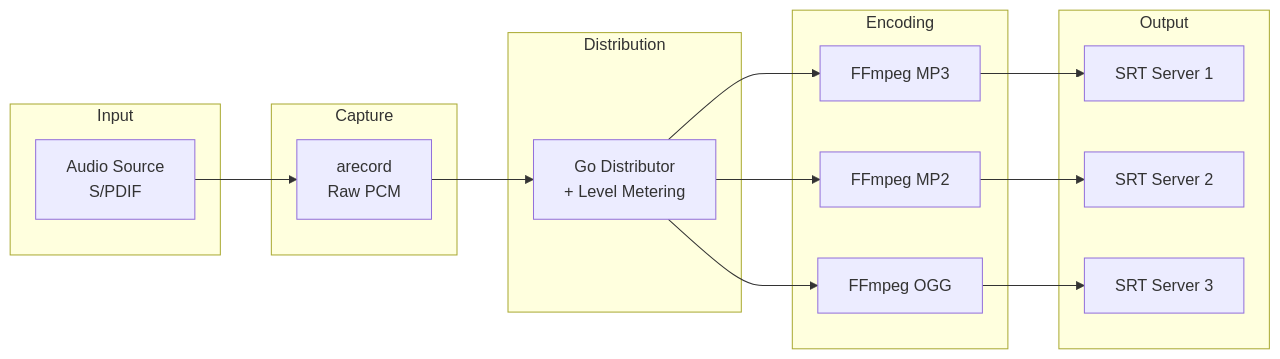
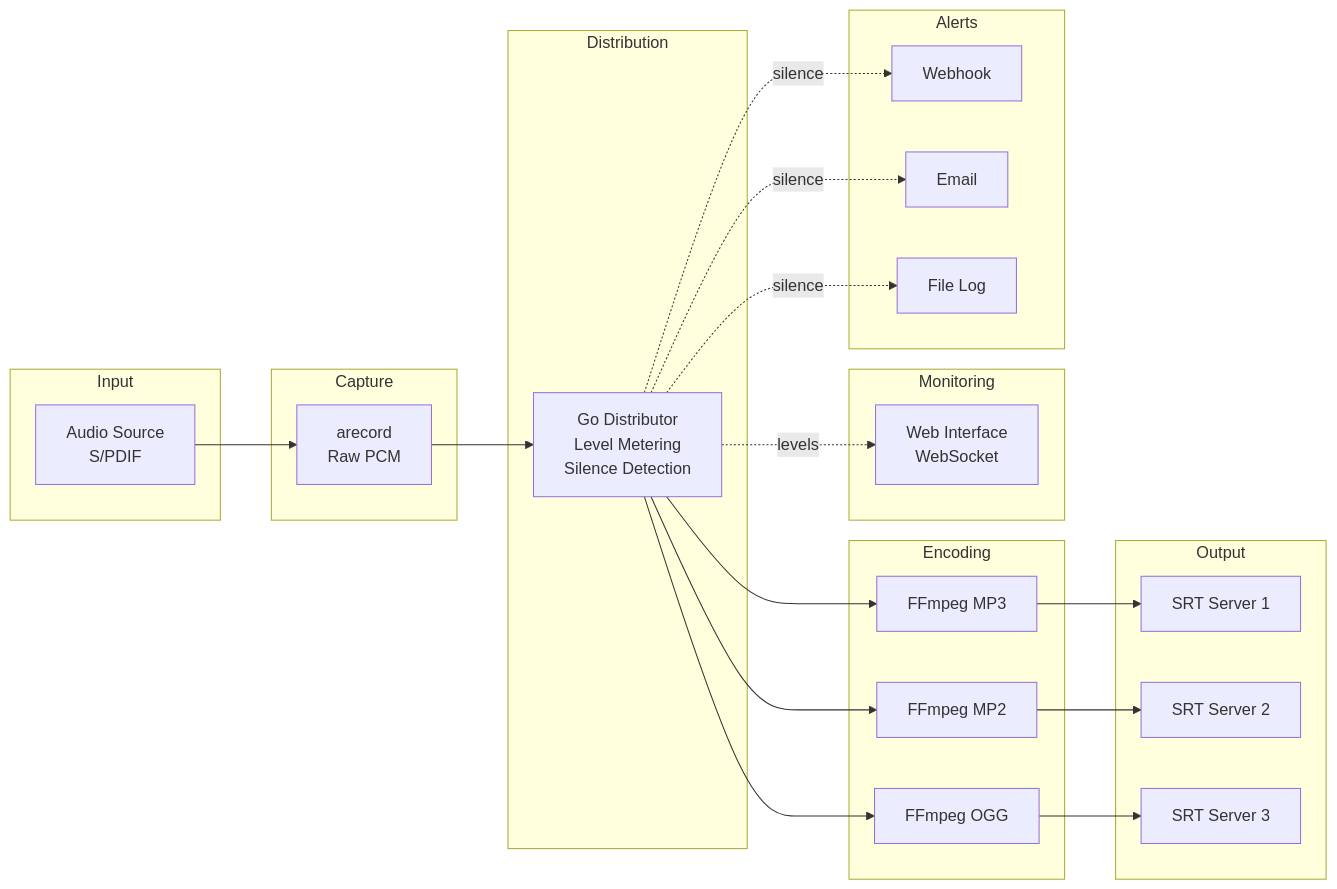
One commit to oszuidwest/rpi-audio-encoder changed the diagram in README.md. Above: the diagram before and after it, drawn with Mermaid. The commit also changed other lines of this file and 18 other files, not shown here.

````diff
--- a/README.md
+++ b/README.md
@@ -104,31 +112,45 @@
 ```mermaid
 flowchart LR
     subgraph Input
         A[Audio Source<br>S/PDIF]
     end
 
     subgraph Capture
         B[arecord<br>Raw PCM]
     end
 
     subgraph Distribution
-        C[Go Distributor<br>+ Level Metering]
+        C[Go Distributor<br>Level Metering<br>Silence Detection]
     end
 
     subgraph Encoding
         D1[FFmpeg MP3]
         D2[FFmpeg MP2]
         D3[FFmpeg OGG]
     end
 
     subgraph Output
         E1[SRT Server 1]
         E2[SRT Server 2]
         E3[SRT Server 3]
     end
 
+    subgraph Monitoring
+        F[Web Interface<br>WebSocket]
+    end
+
+    subgraph Alerts
+        G1[Webhook]
+        G2[Email]
+        G3[File Log]
+    end
+
     A --> B --> C
     C --> D1 --> E1
     C --> D2 --> E2
     C --> D3 --> E3
+    C -.->|levels| F
+    C -.->|silence| G1
+    C -.->|silence| G2
+    C -.->|silence| G3
 ```
````
